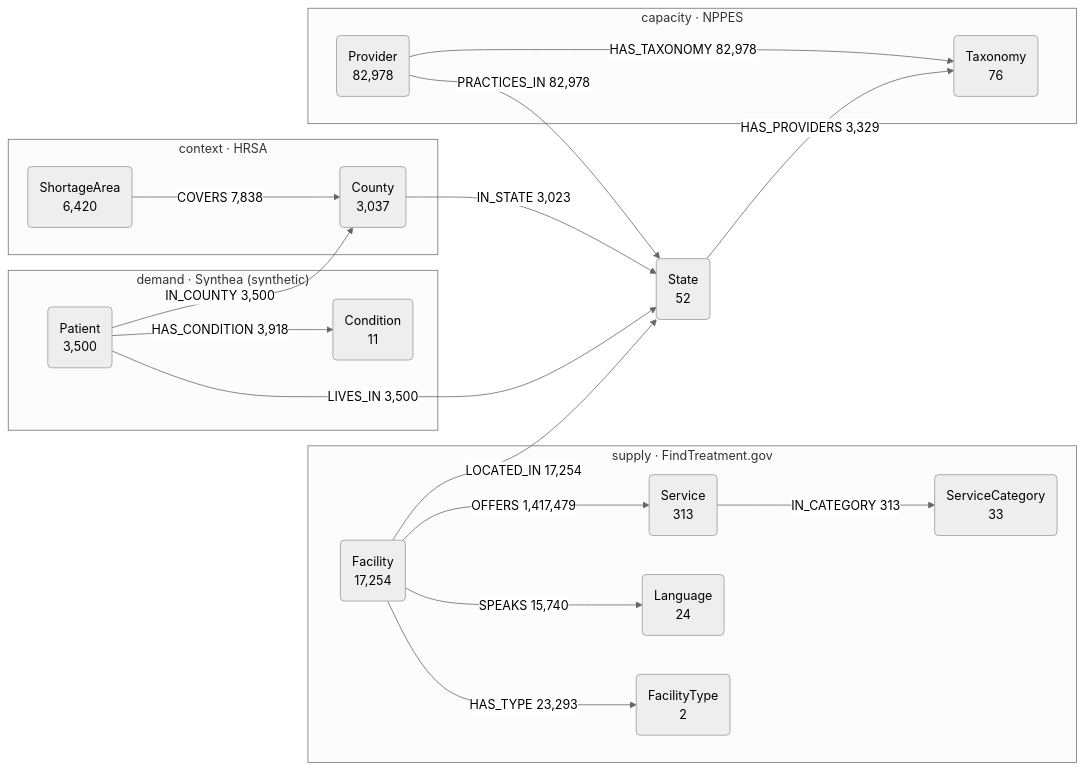
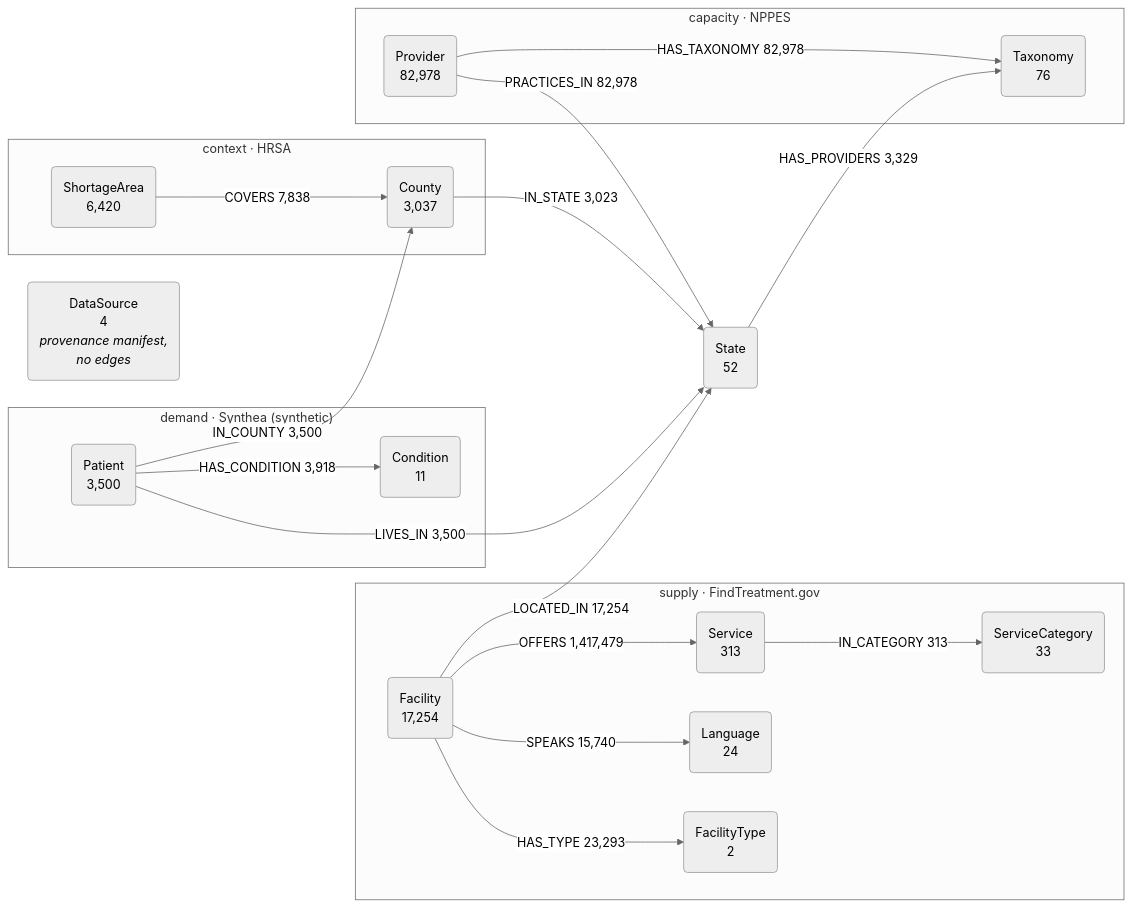
One commit to samyama-ai/mental-health-kg changed the diagram in README.md. Above: the diagram before and after it, drawn with Mermaid (neutral theme). The commit also changed other lines of this file and 10 other files, not shown here.

````diff
--- a/README.md
+++ b/README.md
@@ -58,37 +65,38 @@
 ```mermaid
 graph LR
     subgraph supply["supply · FindTreatment.gov"]
         F("Facility<br/>17,254")
         SV("Service<br/>313")
         SC("ServiceCategory<br/>33")
         L("Language<br/>24")
         FT("FacilityType<br/>2")
     end
     subgraph capacity["capacity · NPPES"]
         PR("Provider<br/>82,978")
         TX("Taxonomy<br/>76")
     end
     subgraph shortage["context · HRSA"]
         SA("ShortageArea<br/>6,420")
         CT("County<br/>3,037")
     end
     subgraph demand["demand · Synthea (synthetic)"]
         PA("Patient<br/>3,500")
         CO("Condition<br/>11")
     end
     S("State<br/>52")
+    DS("DataSource<br/>4<br/><i>provenance manifest,<br/>no edges</i>")
 
     F -- "OFFERS 1,417,479" --> SV
     F -- "SPEAKS 15,740" --> L
     F -- "HAS_TYPE 23,293" --> FT
     F -- "LOCATED_IN 17,254" --> S
     SV -- "IN_CATEGORY 313" --> SC
     PR -- "HAS_TAXONOMY 82,978" --> TX
     PR -- "PRACTICES_IN 82,978" --> S
     S -- "HAS_PROVIDERS 3,329" --> TX
     SA -- "COVERS 7,838" --> CT
     CT -- "IN_STATE 3,023" --> S
     PA -- "HAS_CONDITION 3,918" --> CO
     PA -- "LIVES_IN 3,500" --> S
     PA -- "IN_COUNTY 3,500" --> CT
 ```
````
